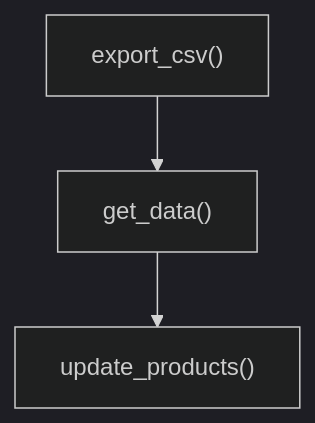
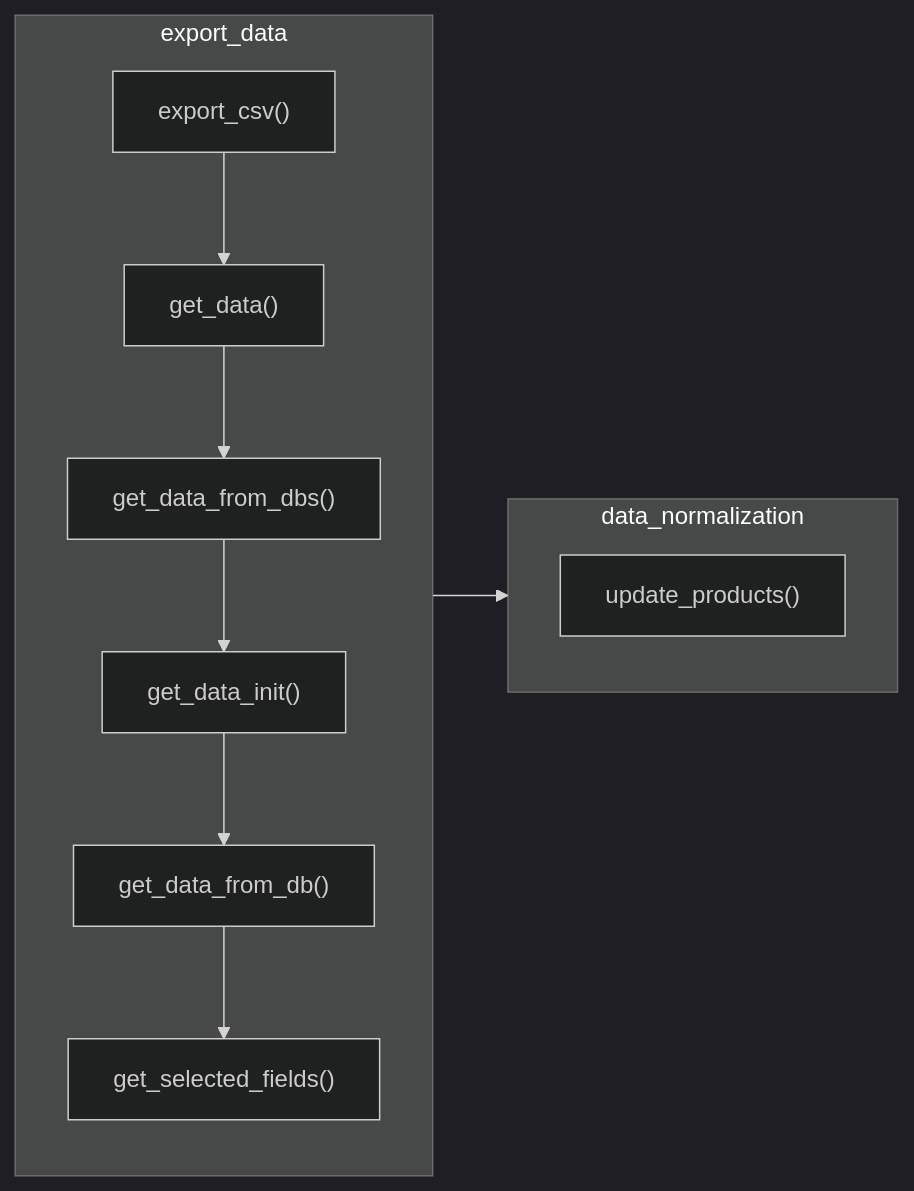
Before and after one commit to xuchaoxin1375/scripts: the diagram in wp/woocommerce/woo_df/ReadMe@woo_get_csv@woosqlitedb.md, drawn with Mermaid (dark theme). The commit also changed other lines of this file and 4 other files, not shown here.

````diff
--- a/wp/woocommerce/woo_df/ReadMe@woo_get_csv@woosqlitedb.md
+++ b/wp/woocommerce/woo_df/ReadMe@woo_get_csv@woosqlitedb.md
@@ -190,9 +190,21 @@
 ```mermaid
-flowchart 
-	export_csv["export_csv()"]
-	get_data["get_data()"]
-	update_products["update_products()"]
+flowchart LR
+	subgraph export_data
+	 	direction TB    %% 子图内部垂直
+        export_csv["export_csv()"]
+        get_data["get_data()"]
+        get_data_from_dbs["get_data_from_dbs()"]
+        get_data_init["get_data_init()"]
+        get_data_from_db["get_data_from_db()"]
+        get_select_fields["get_selected_fields()"]
+		export_csv-->get_data-->get_data_from_dbs-->get_data_init-->get_data_from_db-->get_select_fields
+	end
 	
-	export_csv-->get_data-->update_products
+    subgraph data_normalization
+    	direction TB    %% 子图内部垂直
+		update_products["update_products()"]
+		
+    end
+    export_data --> data_normalization
 
 ```
````
